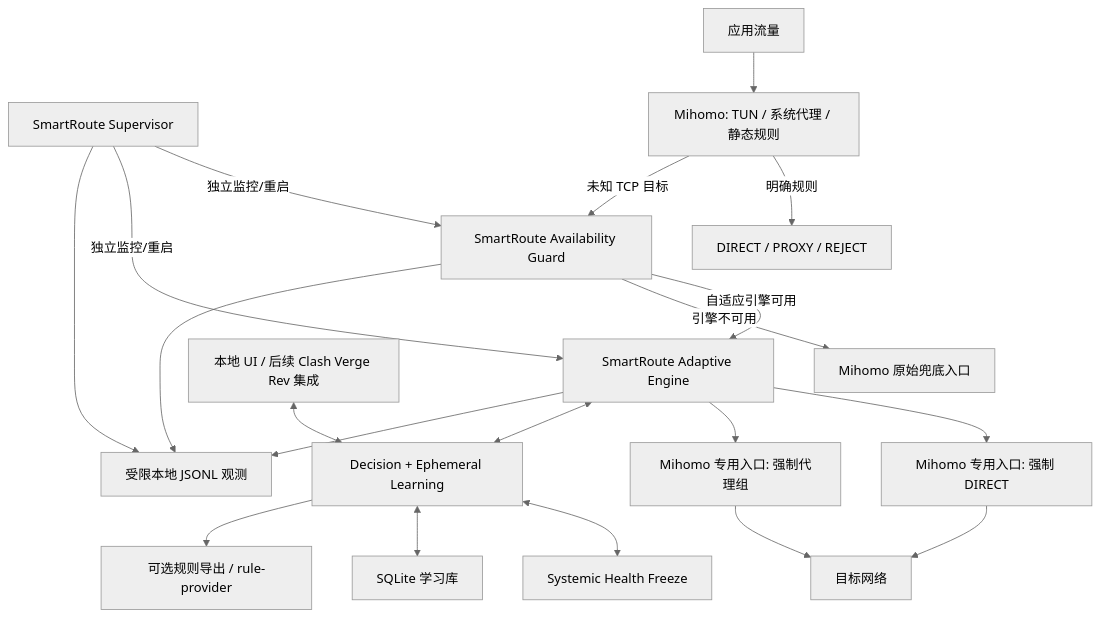
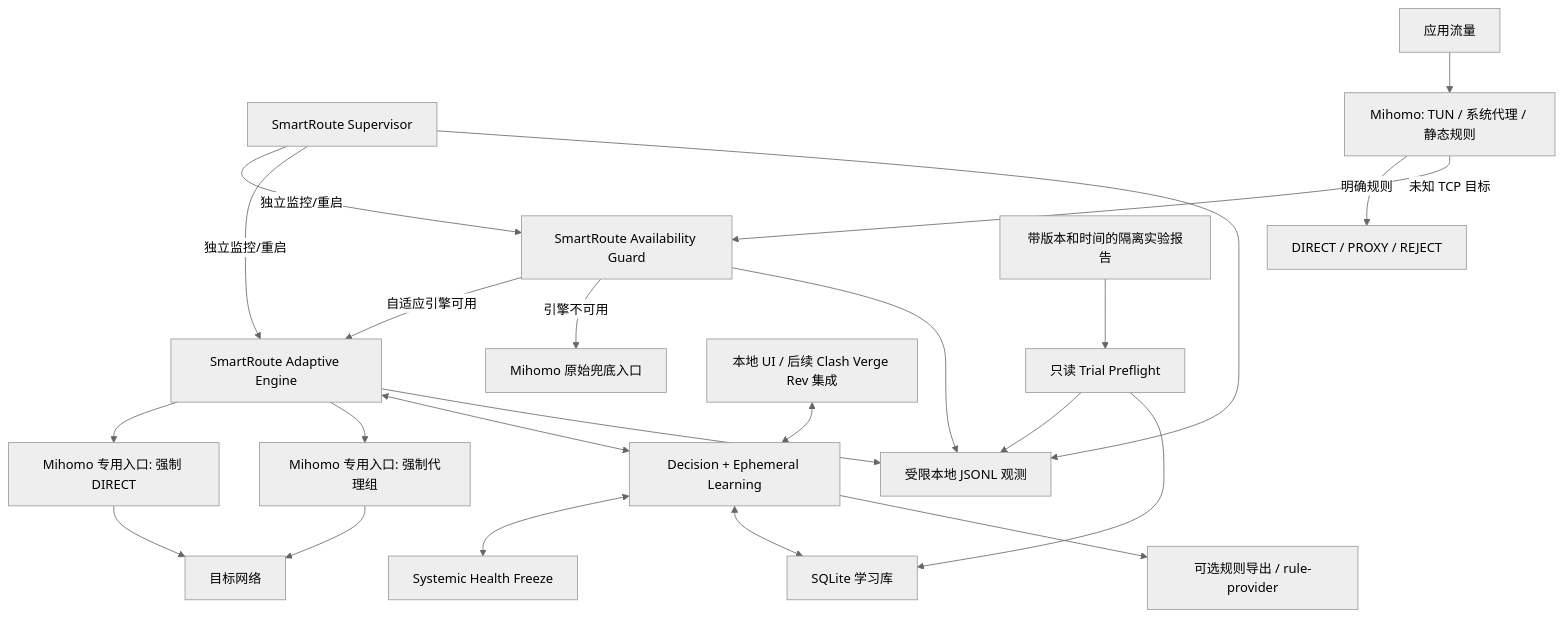
Before and after one commit to firfisa/smartroute: the first of 4 diagrams in docs/02-technical-design.md, drawn with Mermaid (neutral theme). The commit also changed other lines of this file and 17 other files, not shown here.

Commit message:
feat(trial): add read-only preflight

````diff
--- a/docs/02-technical-design.md
+++ b/docs/02-technical-design.md
@@ -28,22 +28,25 @@
 ```mermaid
 flowchart TB
     Sup["SmartRoute Supervisor"] -->|"独立监控/重启"| G
     Sup -->|"独立监控/重启"| S
     Sup --> Obs["受限本地 JSONL 观测"]
     App["应用流量"] --> M["Mihomo: TUN / 系统代理 / 静态规则"]
     M -->|"明确规则"| Fixed["DIRECT / PROXY / REJECT"]
     M -->|"未知 TCP 目标"| G["SmartRoute Availability Guard"]
     G -->|"自适应引擎可用"| S["SmartRoute Adaptive Engine"]
     G -->|"引擎不可用"| O["Mihomo 原始兜底入口"]
     S --> D["Mihomo 专用入口: 强制 DIRECT"]
     S --> P["Mihomo 专用入口: 强制代理组"]
     D --> Net["目标网络"]
     P --> Net
     S <--> E["Decision + Ephemeral Learning"]
     E <--> H["Systemic Health Freeze"]
     S --> Obs
     G --> Obs
     E <--> DB["SQLite 学习库"]
     UI["本地 UI / 后续 Clash Verge Rev 集成"] <--> E
     E --> Export["可选规则导出 / rule-provider"]
+    PF["只读 Trial Preflight"] --> Obs
+    PF --> DB
+    Labs["带版本和时间的隔离实验报告"] --> PF
 ```
````
